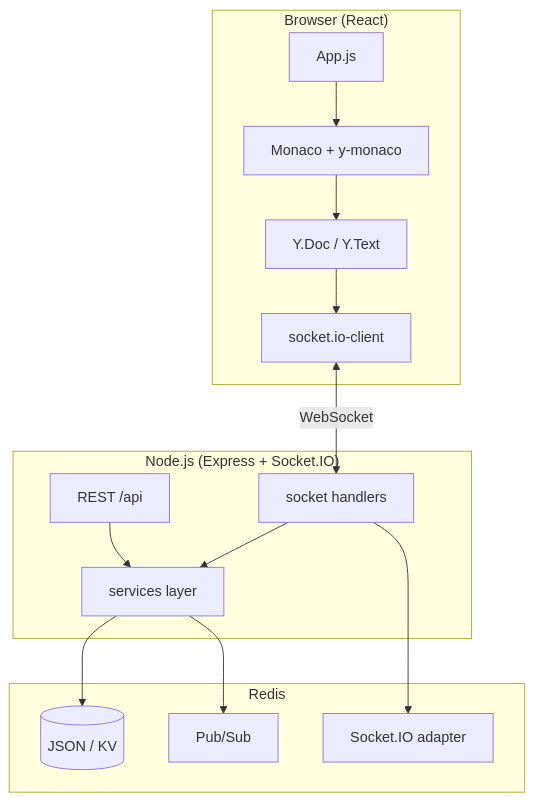
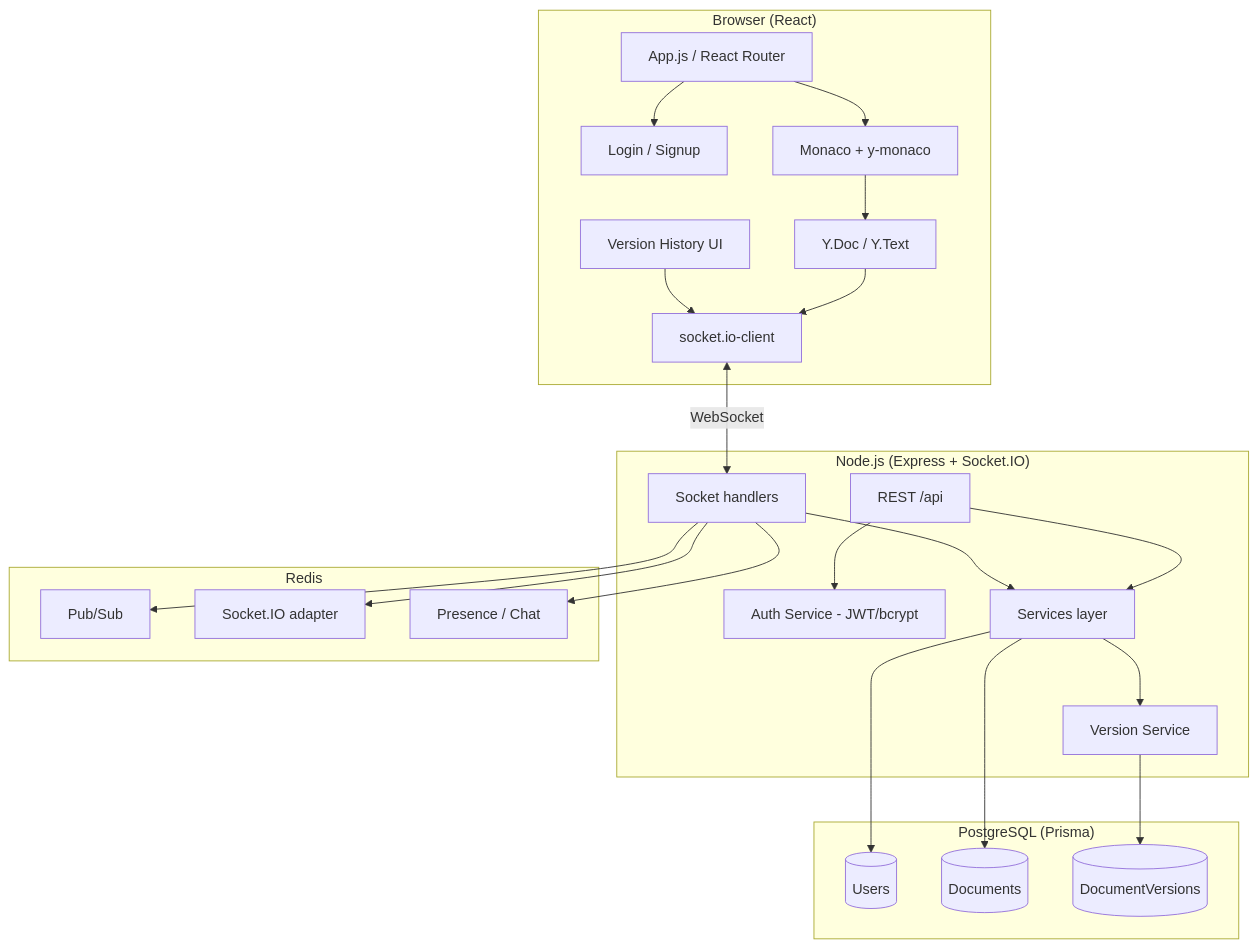
The diagram in README.md (sahuhasrh/devweave), drawn with Mermaid before and after one commit. The commit also changed other lines of this file and 30 other files, not shown here.

Commit message:
feat: add PostgreSQL persistence, JWT authentication, and version history

````diff
--- a/README.md
+++ b/README.md
@@ -19,31 +23,48 @@
 ```mermaid
 flowchart TB
   subgraph Browser["Browser (React)"]
-    App[App.js]
+    App[App.js / React Router]
+    Auth[Login / Signup]
     Editor[Monaco + y-monaco]
     Yjs[Y.Doc / Y.Text]
     SocketC[socket.io-client]
+    VH[Version History UI]
     App --> Editor
+    App --> Auth
     Editor --> Yjs
     Yjs --> SocketC
+    VH --> SocketC
   end
 
   subgraph Server["Node.js (Express + Socket.IO)"]
     Routes[REST /api]
-    Handlers[socket handlers]
-    Services[services layer]
+    AuthSvc[Auth Service - JWT/bcrypt]
+    Handlers[Socket handlers]
+    Services[Services layer]
+    VersionSvc[Version Service]
+    Routes --> AuthSvc
     Routes --> Services
     Handlers --> Services
+    Services --> VersionSvc
+  end
+
+  subgraph Postgres["PostgreSQL (Prisma)"]
+    Users[(Users)]
+    Docs[(Documents)]
+    Versions[(DocumentVersions)]
   end
 
   subgraph Redis["Redis"]
-    KV[(JSON / KV)]
     PS[Pub/Sub]
     Adapter[Socket.IO adapter]
+    Presence[Presence / Chat]
   end
 
   SocketC <-->|WebSocket| Handlers
-  Services --> KV
-  Services --> PS
+  Services --> Docs
+  Services --> Users
+  VersionSvc --> Versions
   Handlers --> Adapter
+  Handlers --> PS
+  Handlers --> Presence
 ```
````
